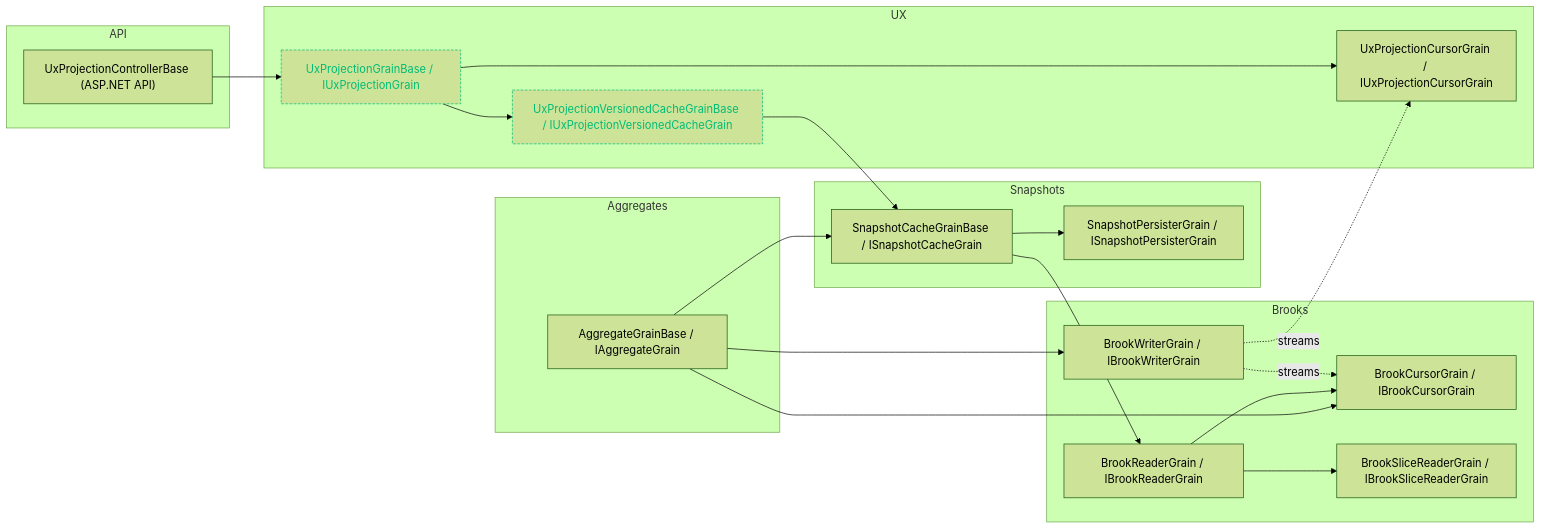
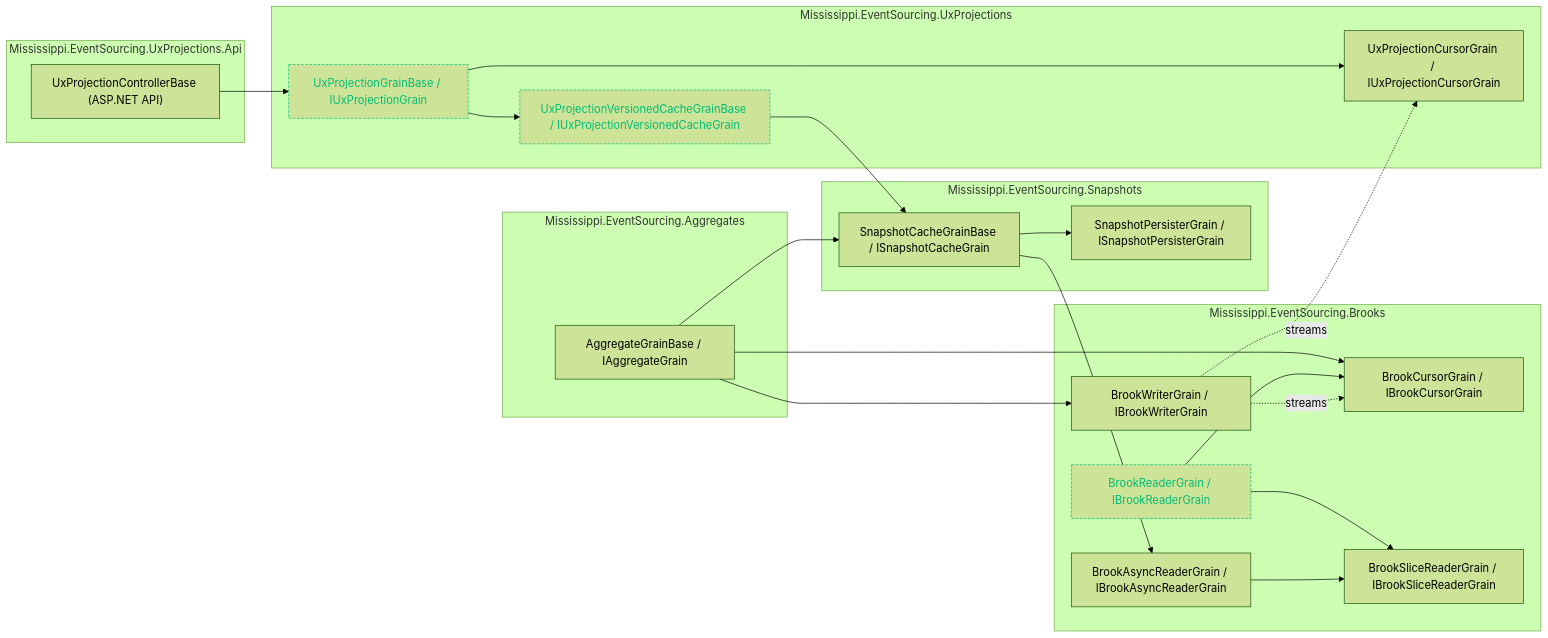
One commit to Gibbs-Morris/mississippi changed the diagram in docs/grain-dependencies.md. Above: the diagram before and after it, drawn with Mermaid (forest theme). The commit also changed other lines of this file and 2 other files, not shown here.

Commit message:
Add namespace maps and update grain dependency diagrams for clarity

````diff
--- a/docs/grain-dependencies.md
+++ b/docs/grain-dependencies.md
@@ -5,49 +5,51 @@
 ```mermaid
 flowchart LR
-  subgraph API
+  subgraph API["Mississippi.EventSourcing.UxProjections.Api"]
     UxApi["UxProjectionControllerBase (ASP.NET API)"]
   end
 
-  subgraph Brooks
+  subgraph Brooks["Mississippi.EventSourcing.Brooks"]
     BrookWriter["BrookWriterGrain / IBrookWriterGrain"]
     BrookCursor["BrookCursorGrain / IBrookCursorGrain"]
     BrookReader["BrookReaderGrain / IBrookReaderGrain"]
+    BrookAsyncReader["BrookAsyncReaderGrain / IBrookAsyncReaderGrain"]
     BrookSlice["BrookSliceReaderGrain / IBrookSliceReaderGrain"]
   end
 
-  subgraph Snapshots
+  subgraph Snapshots["Mississippi.EventSourcing.Snapshots"]
     SnapshotCache["SnapshotCacheGrainBase / ISnapshotCacheGrain"]
     SnapshotPersister["SnapshotPersisterGrain / ISnapshotPersisterGrain"]
   end
 
-  subgraph Aggregates
+  subgraph Aggregates["Mississippi.EventSourcing.Aggregates"]
     Aggregate["AggregateGrainBase / IAggregateGrain"]
   end
 
-  subgraph UX
+  subgraph UX["Mississippi.EventSourcing.UxProjections"]
     UxProjection["UxProjectionGrainBase / IUxProjectionGrain"]
     UxCursor["UxProjectionCursorGrain / IUxProjectionCursorGrain"]
     UxCache["UxProjectionVersionedCacheGrainBase / IUxProjectionVersionedCacheGrain"]
   end
 
   Aggregate --> BrookCursor
   Aggregate --> BrookWriter
   Aggregate --> SnapshotCache
 
-  SnapshotCache --> BrookReader
+  SnapshotCache --> BrookAsyncReader
   SnapshotCache --> SnapshotPersister
 
   BrookReader --> BrookCursor
   BrookReader --> BrookSlice
+  BrookAsyncReader --> BrookSlice
 
   UxProjection --> UxCursor
   UxProjection --> UxCache
   UxCache --> SnapshotCache
   UxApi --> UxProjection
 
   BrookWriter -. streams .-> BrookCursor
   BrookWriter -. streams .-> UxCursor
 
-  class UxProjection,UxCache stateless
+  class UxProjection,UxCache,BrookReader stateless
   classDef stateless stroke-dasharray: 4 2, stroke:#0b7, color:#0b7;
 ```
````
